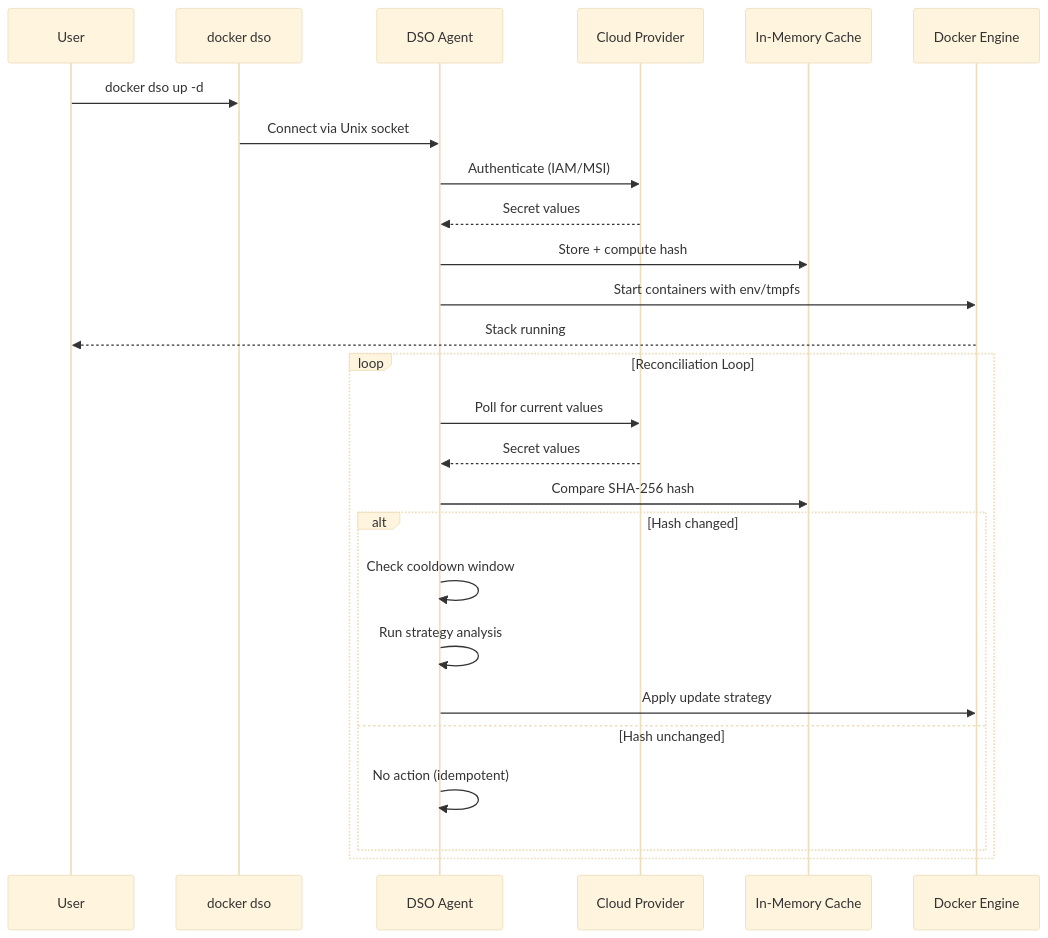
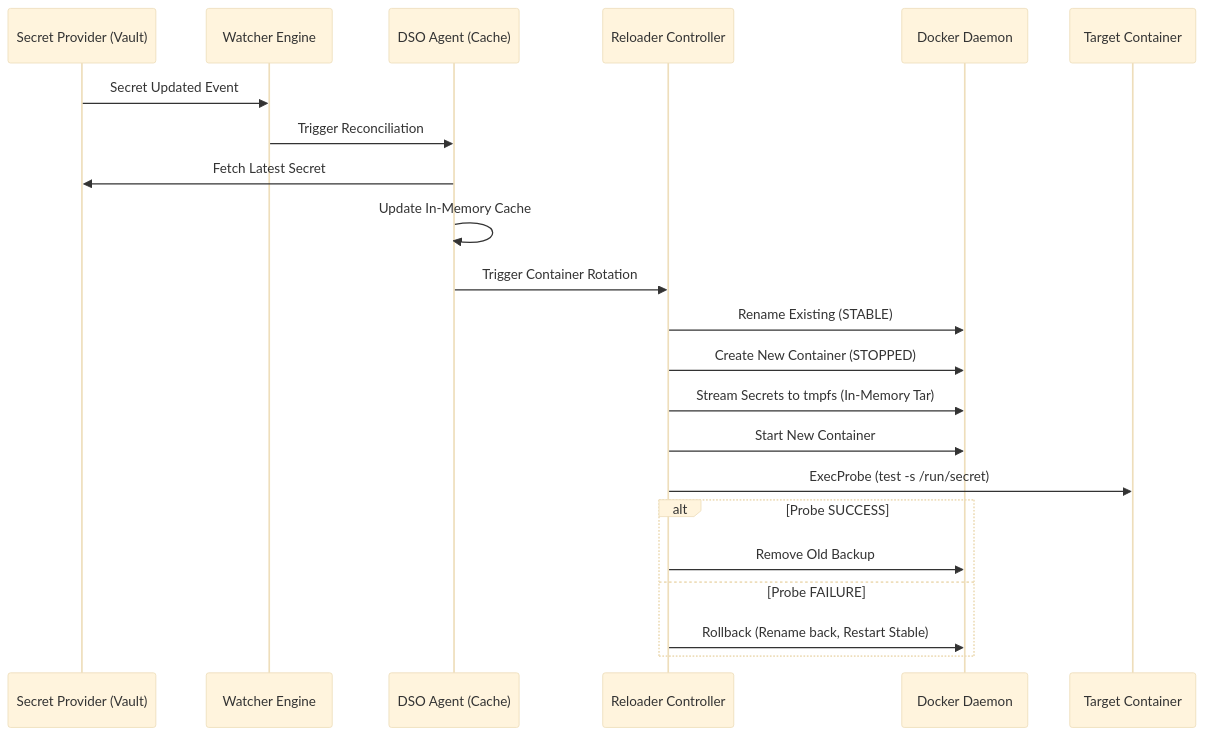
One commit to docker-secret-operator/dso changed the diagram in ARCHITECTURE.md. Above: the diagram before and after it, drawn with Mermaid (base theme). The commit also changed other lines of this file and 18 other files, not shown here.

````diff
--- a/ARCHITECTURE.md
+++ b/ARCHITECTURE.md
@@ -247,30 +14,27 @@
 ```mermaid
 sequenceDiagram
-    participant User
-    participant CLI as docker dso
-    participant Agent as DSO Agent
-    participant Provider as Cloud Provider
-    participant Cache as In-Memory Cache
-    participant Docker as Docker Engine
+    participant P as Secret Provider (Vault)
+    participant W as Watcher Engine
+    participant A as DSO Agent (Cache)
+    participant R as Reloader Controller
+    participant D as Docker Daemon
+    participant C as Target Container
 
-    User->>CLI: docker dso up -d
-    CLI->>Agent: Connect via Unix socket
-    Agent->>Provider: Authenticate (IAM/MSI)
-    Provider-->>Agent: Secret values
-    Agent->>Cache: Store + compute hash
-    Agent->>Docker: Start containers with env/tmpfs
-    Docker-->>User: Stack running
-
-    loop Reconciliation Loop
-        Agent->>Provider: Poll for current values
-        Provider-->>Agent: Secret values
-        Agent->>Cache: Compare SHA-256 hash
-        alt Hash changed
-            Agent->>Agent: Check cooldown window
-            Agent->>Agent: Run strategy analysis
-            Agent->>Docker: Apply update strategy
-        else Hash unchanged
-            Agent->>Agent: No action (idempotent)
-        end
+    P->>W: Secret Updated Event
+    W->>A: Trigger Reconciliation
+    A->>P: Fetch Latest Secret
+    A->>A: Update In-Memory Cache
+    A->>R: Trigger Container Rotation
+    
+    R->>D: Rename Existing (STABLE)
+    R->>D: Create New Container (STOPPED)
+    R->>D: Stream Secrets to tmpfs (In-Memory Tar)
+    R->>D: Start New Container
+    
+    R->>C: ExecProbe (test -s /run/secret)
+    alt Probe SUCCESS
+        R->>D: Remove Old Backup
+    else Probe FAILURE
+        R->>D: Rollback (Rename back, Restart Stable)
     end
 ```
````
